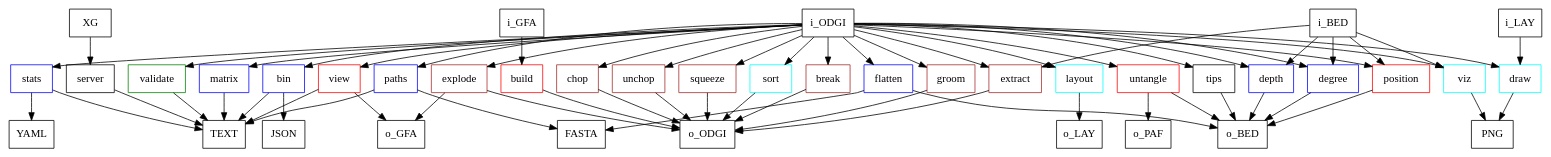
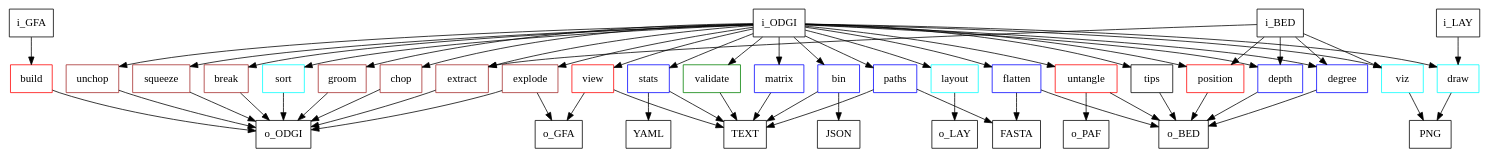
The diagram in manuscript/fig/odgi_tools.dot (pangenome/odgi-paper), drawn with Graphviz before and after one commit. The commit also changed 1 other file, not shown here.

Commit message:
hide odgi server and its index

```diff
--- a/manuscript/fig/odgi_tools.dot
+++ b/manuscript/fig/odgi_tools.dot
@@ -1,74 +1,75 @@
 digraph sample {
 	node [
 		shape=box
 		color=black
 	]
 
 	build [color = red]
 	view [color = red]
 
 	validate [color = green]
 
 	stats [color = blue]
 	bin [color = blue]
 	depth [color = blue]
 	degree [color = blue]
   	matrix [color = blue]
     paths [color = blue]
     flatten [color = blue]
 
     break [color = brown]
 	groom [color = brown]
 	chop [color = brown]
 	unchop [color = brown]
 	explode [color = brown]
 	squeeze [color = brown]
 	extract [color = brown]
 
 	position [color = red]
     untangle [color = red]
 
 	viz [color = cyan]
 	sort [color = cyan]
 	layout [color = cyan]
 	draw [color = cyan]
 
 	i_GFA -> build
+	//i_GFA -> {view, validate, stats, bin, depth, degree, flatten, break, groom, chop, unchop, explode, squeeze, extract, position, viz, sort, layout, draw, untangle, matrix, paths, tips}
 	i_ODGI -> {view, validate, stats, bin, depth, degree, flatten, break, groom, chop, unchop, explode, squeeze, extract, position, viz, sort, layout, draw, untangle, matrix, paths, tips}
 	i_BED -> {depth, degree, extract, position, viz}
     i_LAY -> {draw}
-    XG -> {server}
+    //XP -> {server}
 
 	build -> o_ODGI
 	view ->  o_GFA
 	view ->  TEXT
 	validate -> TEXT
 	stats -> TEXT
 	stats -> YAML
     matrix -> TEXT
     paths -> FASTA
     paths -> TEXT
 	bin -> JSON
 	bin -> TEXT
 	depth -> o_BED
 	degree -> o_BED
     flatten -> o_BED
     flatten -> FASTA
 	break -> o_ODGI
 	groom -> o_ODGI
 	chop -> o_ODGI
 	unchop -> o_ODGI
 	explode -> o_ODGI
 	explode -> o_GFA
 	squeeze -> o_ODGI
 	extract -> o_ODGI
 	position -> o_BED
 	viz -> PNG
 	sort -> o_ODGI
 	layout -> o_LAY
 	draw -> PNG
     untangle -> o_BED
     untangle -> o_PAF
     tips -> o_BED
-    server -> TEXT
+    //server -> TEXT
 }
```
